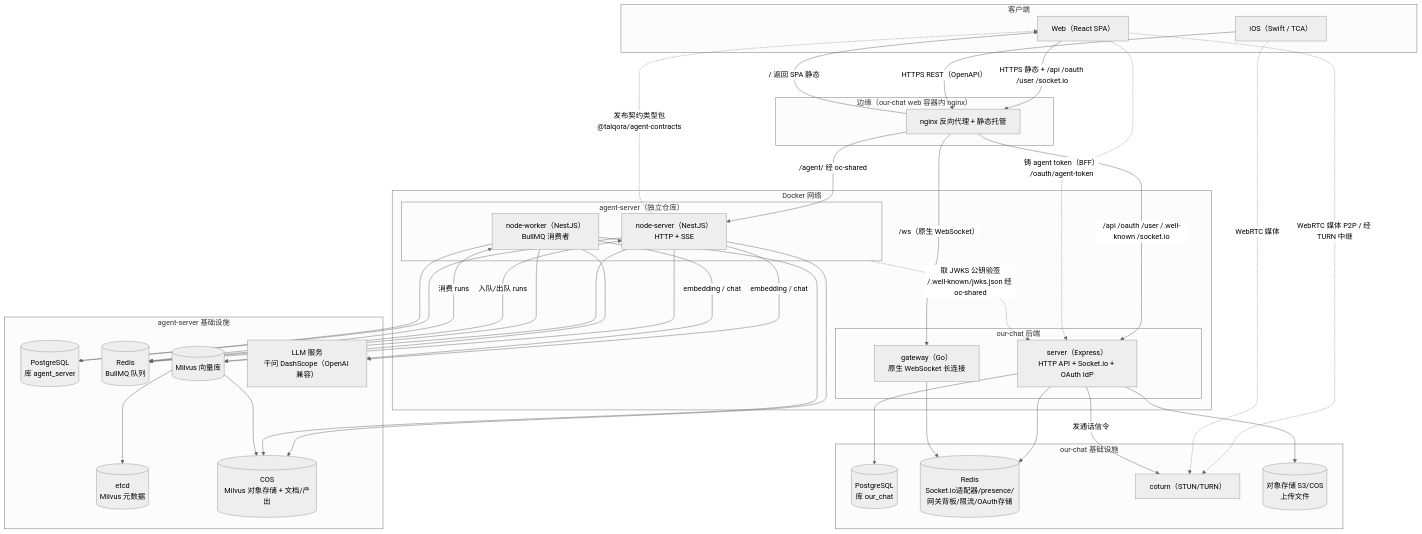
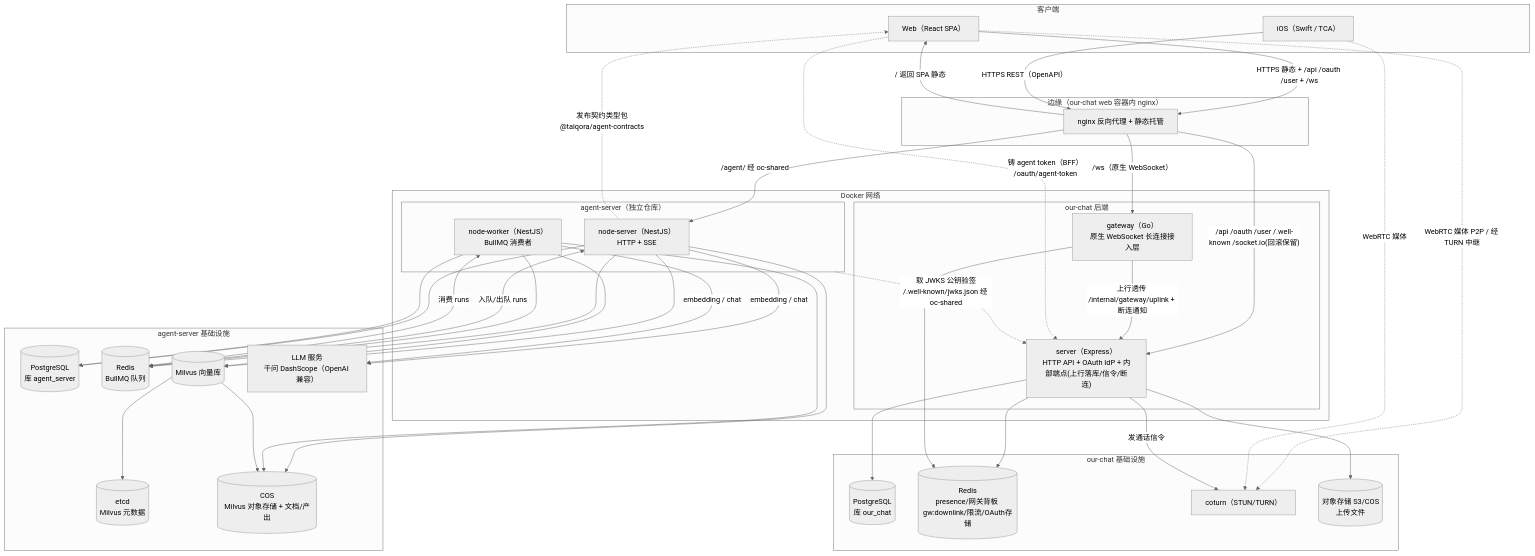
Before and after one commit to talqora/talqora: the first of 10 diagrams in docs/架构/系统架构图.md, drawn with Mermaid (neutral theme). The commit also changed other lines of this file, not shown here.

Commit message:
docs: 架构图同步连接层替换目标态

````diff
--- a/docs/架构/系统架构图.md
+++ b/docs/架构/系统架构图.md
@@ -38,74 +38,75 @@
 ```mermaid
 flowchart TB
     subgraph clients["客户端"]
         web["Web（React SPA）"]
         ios["iOS（Swift / TCA）"]
     end
 
     subgraph edge["边缘（our-chat web 容器内 nginx）"]
         nginx["nginx 反向代理 + 静态托管"]
     end
 
     subgraph ocnet["Docker 网络"]
       subgraph ourchat["our-chat 后端"]
-          server["server（Express）<br/>HTTP API + Socket.io + OAuth IdP"]
-          gateway["gateway（Go）<br/>原生 WebSocket 长连接"]
+          server["server（Express）<br/>HTTP API + OAuth IdP + 内部端点(上行落库/信令/断连)"]
+          gateway["gateway（Go）<br/>原生 WebSocket 长连接接入层"]
       end
       subgraph agentsrv["agent-server（独立仓库）"]
           nodeServer["node-server（NestJS）<br/>HTTP + SSE"]
           nodeWorker["node-worker（NestJS）<br/>BullMQ 消费者"]
       end
     end
 
     subgraph infra_oc["our-chat 基础设施"]
         pgOC[("PostgreSQL<br/>库 our_chat")]
-        redisOC[("Redis<br/>Socket.io适配器/presence/网关背板/限流/OAuth存储")]
+        redisOC[("Redis<br/>presence/网关背板 gw:downlink/限流/OAuth存储")]
         coturn["coturn（STUN/TURN）"]
         s3[("对象存储 S3/COS<br/>上传文件")]
     end
 
     subgraph infra_ag["agent-server 基础设施"]
         pgAG[("PostgreSQL<br/>库 agent_server")]
         redisAG[("Redis<br/>BullMQ 队列")]
         milvus[("Milvus 向量库")]
         etcd[("etcd<br/>Milvus 元数据")]
         cosAG[("COS<br/>Milvus 对象存储 + 文档/产出")]
         llm["LLM 服务<br/>千问 DashScope（OpenAI 兼容）"]
     end
 
-    web -->|"HTTPS 静态 + /api /oauth /user /socket.io"| nginx
+    web -->|"HTTPS 静态 + /api /oauth /user + /ws"| nginx
     ios -->|"HTTPS REST（OpenAPI）"| nginx
 
-    nginx -->|"/api /oauth /user /.well-known /socket.io"| server
+    nginx -->|"/api /oauth /user /.well-known /socket.io(回滚保留)"| server
     nginx -->|"/ws（原生 WebSocket）"| gateway
     nginx -->|"/agent/ 经 oc-shared"| nodeServer
     nginx -->|"/ 返回 SPA 静态"| web
 
     web -.->|"WebRTC 媒体 P2P / 经 TURN 中继"| coturn
     ios -.->|"WebRTC 媒体"| coturn
 
     server --> pgOC
     server --> redisOC
     server --> s3
     server -->|"发通话信令"| coturn
     gateway --> redisOC
+    gateway -->|"上行透传 /internal/gateway/uplink + 断连通知"| server
 
     nodeServer --> pgAG
     nodeServer --> redisAG
     nodeServer --> milvus
     nodeServer --> cosAG
     nodeServer -->|"embedding / chat"| llm
     nodeWorker --> pgAG
     nodeWorker --> redisAG
     nodeWorker --> milvus
     nodeWorker --> cosAG
     nodeWorker -->|"embedding / chat"| llm
     milvus --> etcd
     milvus --> cosAG
     nodeServer <-->|"入队/出队 runs"| redisAG
     nodeWorker <-->|"消费 runs"| redisAG
 
     agentsrv -.->|"取 JWKS 公钥验签<br/>/.well-known/jwks.json 经 oc-shared"| server
     web -.->|"铸 agent token（BFF）<br/>/oauth/agent-token"| server
     nodeServer -.->|"发布契约类型包<br/>@talqora/agent-contracts"| web
 ```
````
